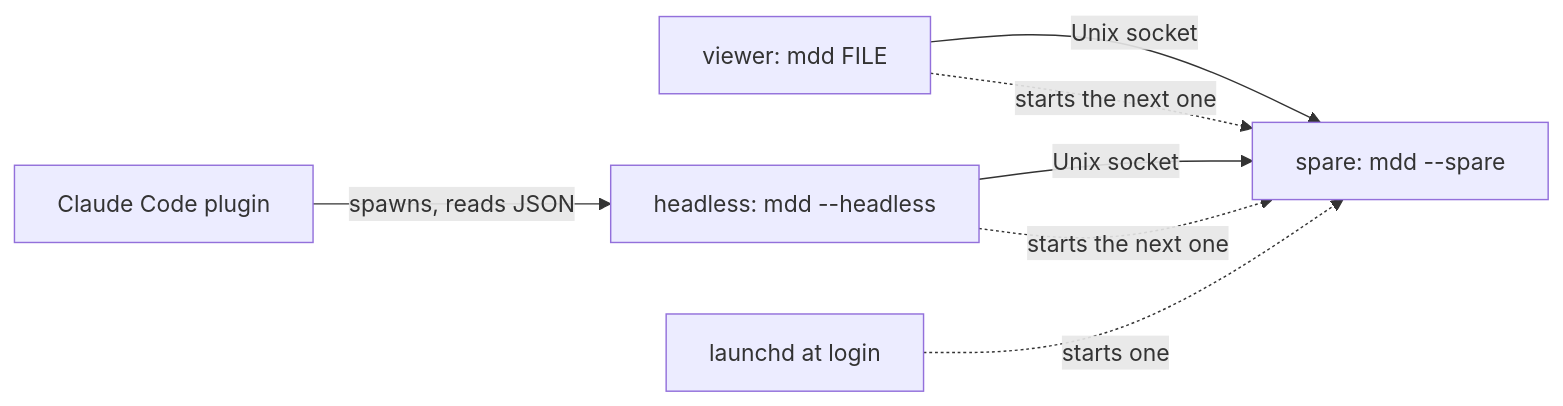
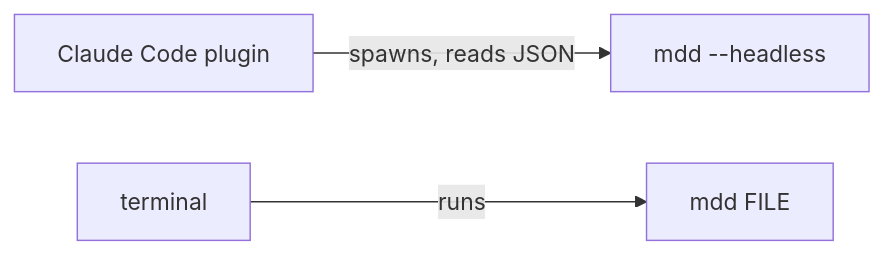
Before and after one commit to qu8n/mddog: the second of 3 diagrams in ARCHITECTURE.md, drawn with Mermaid. The commit also changed other lines of this file and 65 other files, not shown here.

````diff
--- a/ARCHITECTURE.md
+++ b/ARCHITECTURE.md
@@ -104,9 +106,5 @@
 ```mermaid
 flowchart LR
-  V["viewer: mdd FILE"] -- "Unix socket" --> S["spare: mdd --spare"]
-  H["headless: mdd --headless"] -- "Unix socket" --> S
-  P["Claude Code plugin"] -- "spawns, reads JSON" --> H
-  L["launchd at login"] -. "starts one" .-> S
-  V -. "starts the next one" .-> S
-  H -. "starts the next one" .-> S
+  P["Claude Code plugin"] -- "spawns, reads JSON" --> H["mdd --headless"]
+  U["terminal"] -- "runs" --> V["mdd FILE"]
 ```
````
